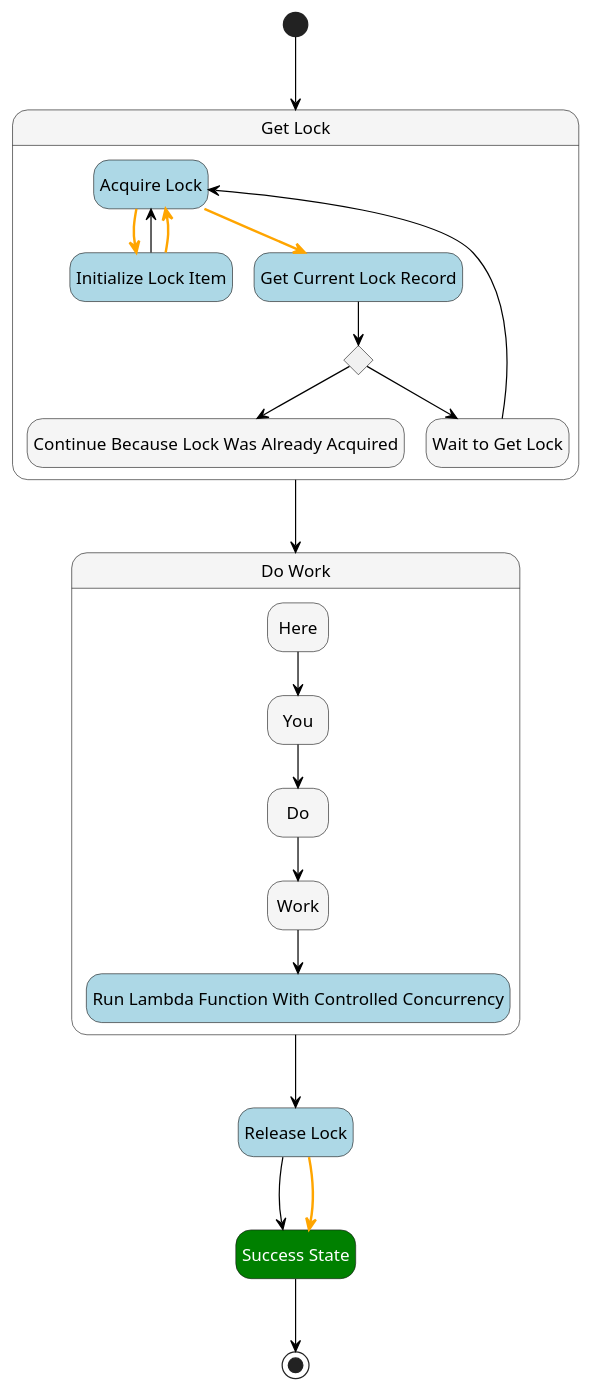
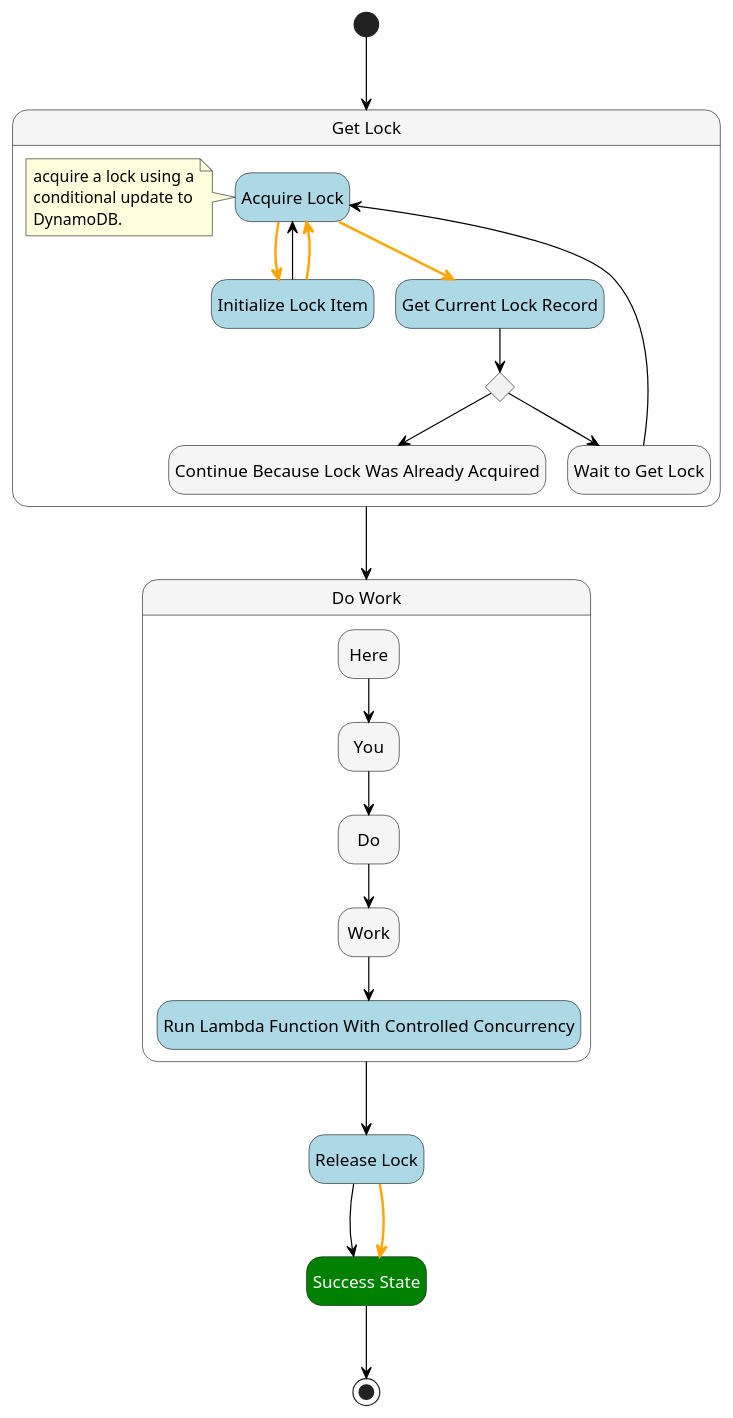
The diagram in src/__tests__/pumls/aws-example-dynamodb-semaphore.asl.puml (massfords/asl-puml), drawn with PlantUML before and after one commit. The commit also changed 10 other files, not shown here.

```diff
--- a/src/__tests__/pumls/aws-example-dynamodb-semaphore.asl.puml
+++ b/src/__tests__/pumls/aws-example-dynamodb-semaphore.asl.puml
@@ -1,59 +1,64 @@
 @startuml
 hide empty description
 skinparam ArrowColor #black
 skinparam state {
 
     BackgroundColor<<Choice>> #whitesmoke
     FontColor<<Choice>> automatic
 
     BackgroundColor<<aslParallel>> #whitesmoke
 
     BackgroundColor<<aslPass>> #whitesmoke
     FontColor<<aslPass>> automatic
 
     BackgroundColor<<aslSucceed>> #green
     FontColor<<aslSucceed>> automatic
 
     BackgroundColor<<aslTask>> #lightblue
     FontColor<<aslTask>> automatic
 
     BackgroundColor<<aslWait>> #whitesmoke
     FontColor<<aslWait>> automatic
     BackgroundColor<<Compensate>> #orange
 }
 state "Get Lock" as state1<<aslParallel>> {
 state "Acquire Lock" as state5<<aslTask>>
+note left
+  acquire a lock using a
+  conditional update to
+  DynamoDB.
+end note
 state "Initialize Lock Item" as state6<<aslTask>>
 state "Get Current Lock Record" as state7<<aslTask>>
 state "Check If Lock Already Acquired" as state8<<Choice>>
 state "Continue Because Lock Was Already Acquired" as state9<<aslPass>>
 state "Wait to Get Lock" as state10<<aslWait>>
 }
 state "Do Work" as state2<<aslParallel>> {
 state "Here" as state11<<aslPass>>
 state "You" as state12<<aslPass>>
 state "Do" as state13<<aslPass>>
 state "Work" as state14<<aslPass>>
 state "Run Lambda Function With Controlled Concurrency" as state15<<aslTask>>
 }
 state "Release Lock" as state3<<aslTask>>
 state "Success State" as state4<<aslSucceed>>
 [*] --> state1
 state1 --> state2
 state2 --> state3
 state3 --> state4
 state3 -[bold,#orange]-> state4
 state4 --> [*]
 state5 -[bold,#orange]-> state6
 state5 -[bold,#orange]-> state7
 state6 --> state5
 state6 -[bold,#orange]-> state5
 state7 --> state8
 state8 --> state9
 state8 --> state10
 state10 --> state5
 state11 --> state12
 state12 --> state13
 state13 --> state14
 state14 --> state15
 @enduml
```
